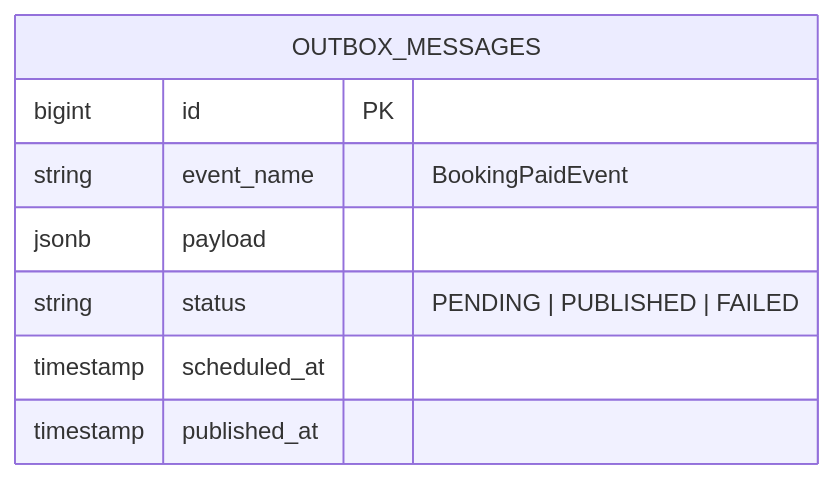
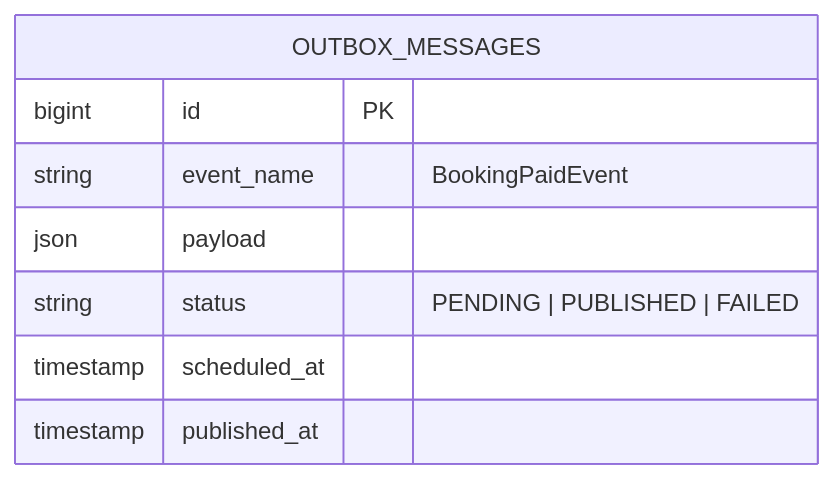
Before and after one commit to tomone2kd000-ux/superdong-booking-system: the diagram in content/docs/chuong-06-van-hanh-ca-ban-ve-audit-va-cronjob/01-cronjob-auto-release-va-outbox-pattern.mdx, drawn with Mermaid. The commit also changed 10 other files, not shown here.

Commit message:
docs: align Porto Action/Task rules, Logical ERD entities, Spatie Global RBAC, 9 Figma screens, and candidate proposals

````diff
--- a/content/docs/chuong-06-van-hanh-ca-ban-ve-audit-va-cronjob/01-cronjob-auto-release-va-outbox-pattern.mdx
+++ b/content/docs/chuong-06-van-hanh-ca-ban-ve-audit-va-cronjob/01-cronjob-auto-release-va-outbox-pattern.mdx
@@ -34,11 +34,11 @@
 ```mermaid
 erDiagram
     OUTBOX_MESSAGES {
         bigint id PK
         string event_name "BookingPaidEvent"
-        jsonb payload
+        json payload
         string status "PENDING | PUBLISHED | FAILED"
         timestamp scheduled_at
         timestamp published_at
     }
 ```
````
